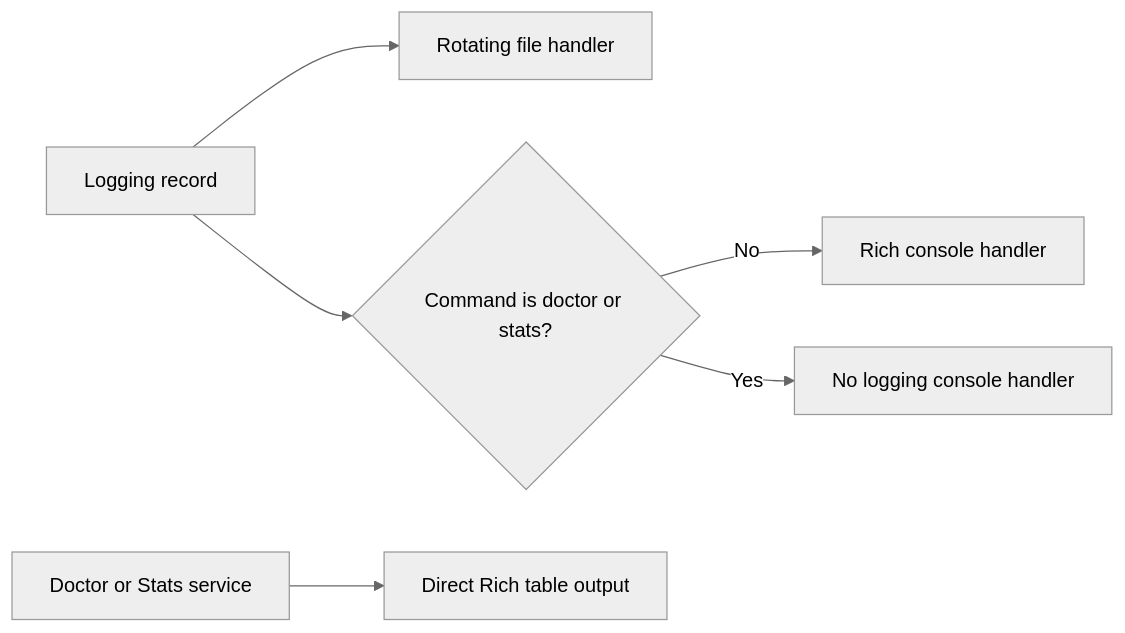
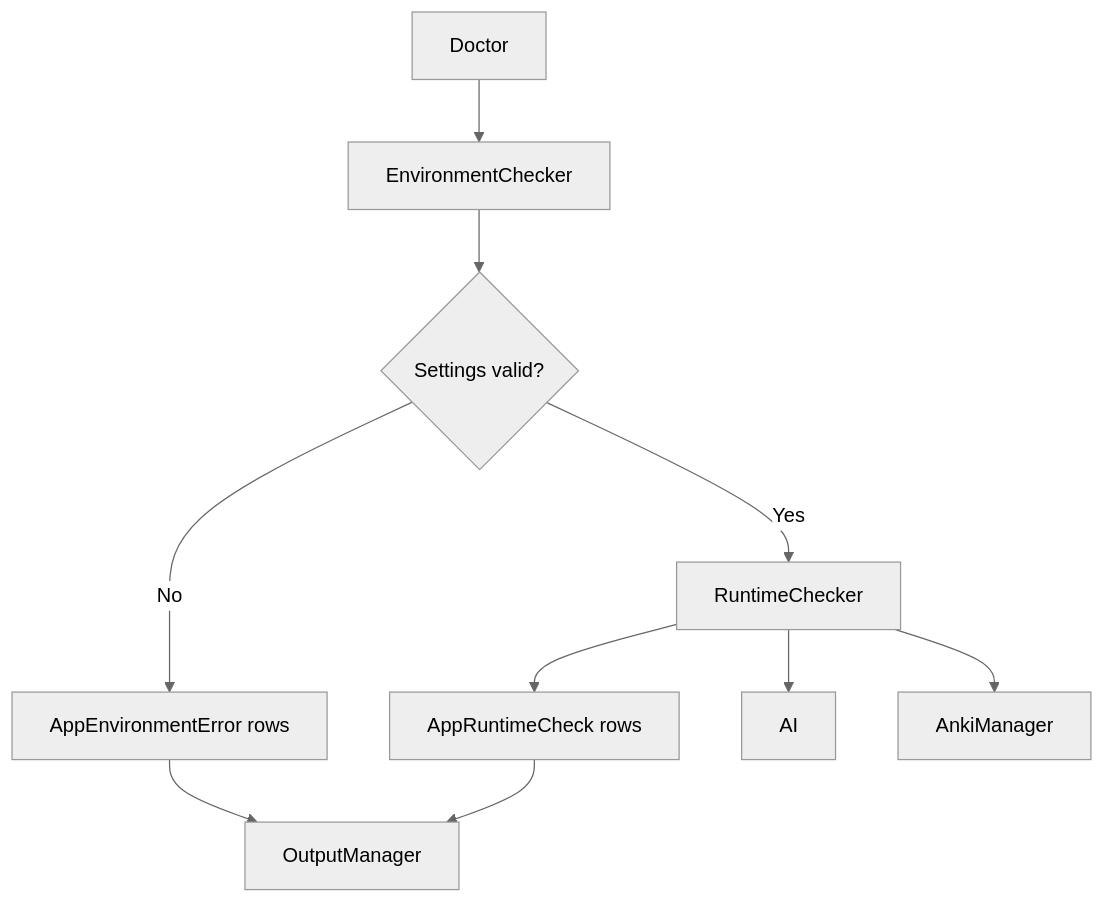
The fourth of 5 diagrams in docs/architecture.md (NikaMalakmadze/Obsidian2Anki), drawn with Mermaid (neutral theme) before and after one commit. The commit also changed other lines of this file and 6 other files, not shown here.

````diff
--- a/docs/architecture.md
+++ b/docs/architecture.md
@@ -1143,8 +416,12 @@
 ```mermaid
-flowchart LR
-    Record[Logging record] --> File[Rotating file handler]
-    Record --> C{Command is doctor or stats?}
-    C -- No --> Rich[Rich console handler]
-    C -- Yes --> NoHandler[No logging console handler]
-    DoctorStats[Doctor or Stats service] --> Table[Direct Rich table output]
+flowchart TD
+    Doctor[Doctor] --> Env[EnvironmentChecker]
+    Env --> Settings{Settings valid?}
+    Settings -- No --> EnvRows[AppEnvironmentError rows]
+    EnvRows --> Output[OutputManager]
+    Settings -- Yes --> Runtime[RuntimeChecker]
+    Runtime --> RuntimeRows[AppRuntimeCheck rows]
+    RuntimeRows --> Output
+    Runtime --> AI[AI]
+    Runtime --> Anki[AnkiManager]
 ```
````
